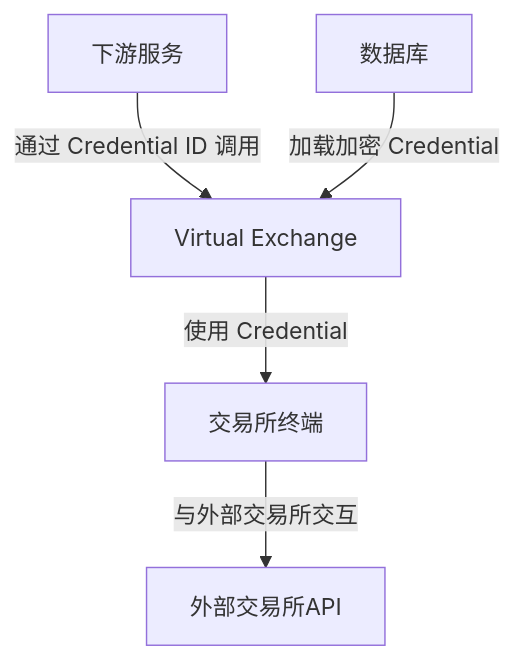
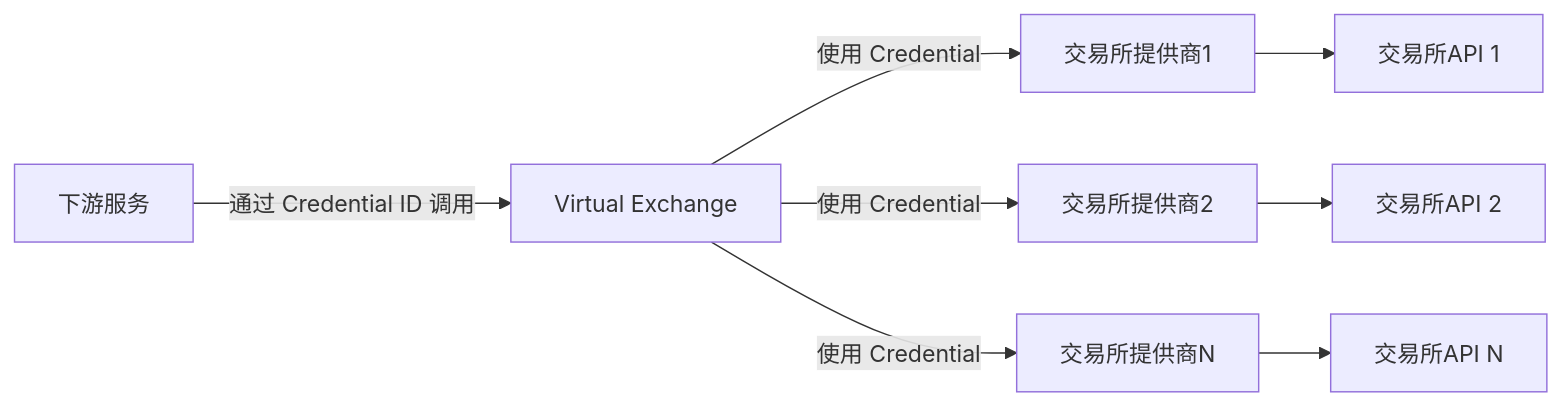
The diagram in docs/zh-Hans/code-guidelines/exchange.md (No-Trade-No-Life/Yuan), drawn with Mermaid before and after one commit. The commit also changed other lines of this file and 4 other files, not shown here.

````diff
--- a/docs/zh-Hans/code-guidelines/exchange.md
+++ b/docs/zh-Hans/code-guidelines/exchange.md
@@ -12,7 +28,10 @@
 ```mermaid
-graph TD
+graph LR
     A[下游服务] -->|通过 Credential ID 调用| VEX[Virtual Exchange]
-    数据库 -->|加载加密 Credential| VEX
-    VEX -->|使用 Credential| EX[交易所终端]
-    EX -->|与外部交易所交互| EEX[外部交易所API]
+    VEX -->|使用 Credential| Vendor1[交易所提供商1]
+    Vendor1 --> API1[交易所API 1]
+    VEX -->|使用 Credential| Vendor2[交易所提供商2]
+    Vendor2 --> API2[交易所API 2]
+    VendorN[交易所提供商N] --> APIN[交易所API N]
+    VEX -->|使用 Credential| VendorN[交易所提供商N]
 ```
````
